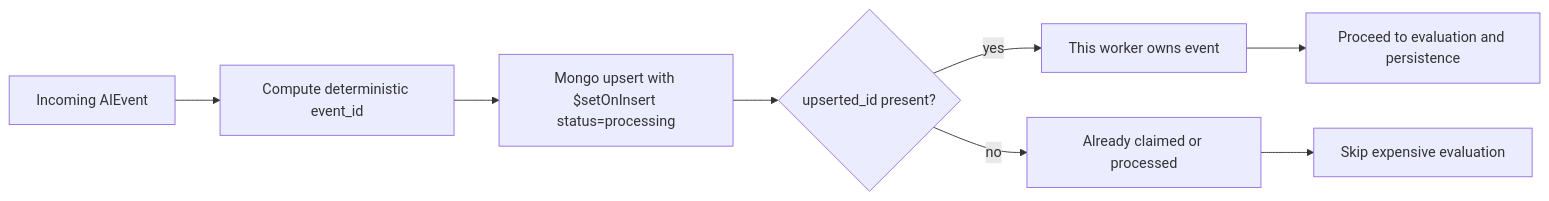
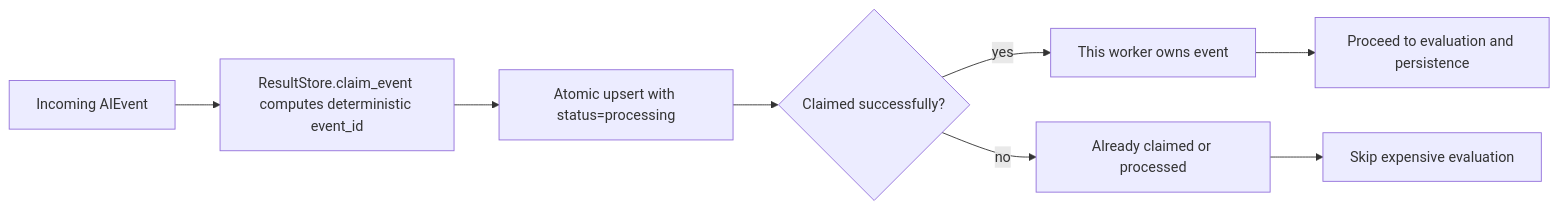
One commit to JaakkoLipp/Thesis_LLM_DeepEval_OSS changed the second of 3 diagrams in docs/flowcharts.md. Above: the diagram before and after it, drawn with Mermaid. The commit also changed other lines of this file and 27 other files, not shown here.

````diff
--- a/docs/flowcharts.md
+++ b/docs/flowcharts.md
@@ -48,11 +48,11 @@
 ```mermaid
 flowchart LR
-    A[Incoming AIEvent] --> B[Compute deterministic event_id]
-    B --> C[Mongo upsert with $setOnInsert status=processing]
-    C --> D{upserted_id present?}
+    A[Incoming AIEvent] --> B[ResultStore.claim_event computes deterministic event_id]
+    B --> C[Atomic upsert with status=processing]
+    C --> D{Claimed successfully?}
     D -->|yes| E[This worker owns event]
     E --> F[Proceed to evaluation and persistence]
 
     D -->|no| G[Already claimed or processed]
     G --> H[Skip expensive evaluation]
 ```
````
